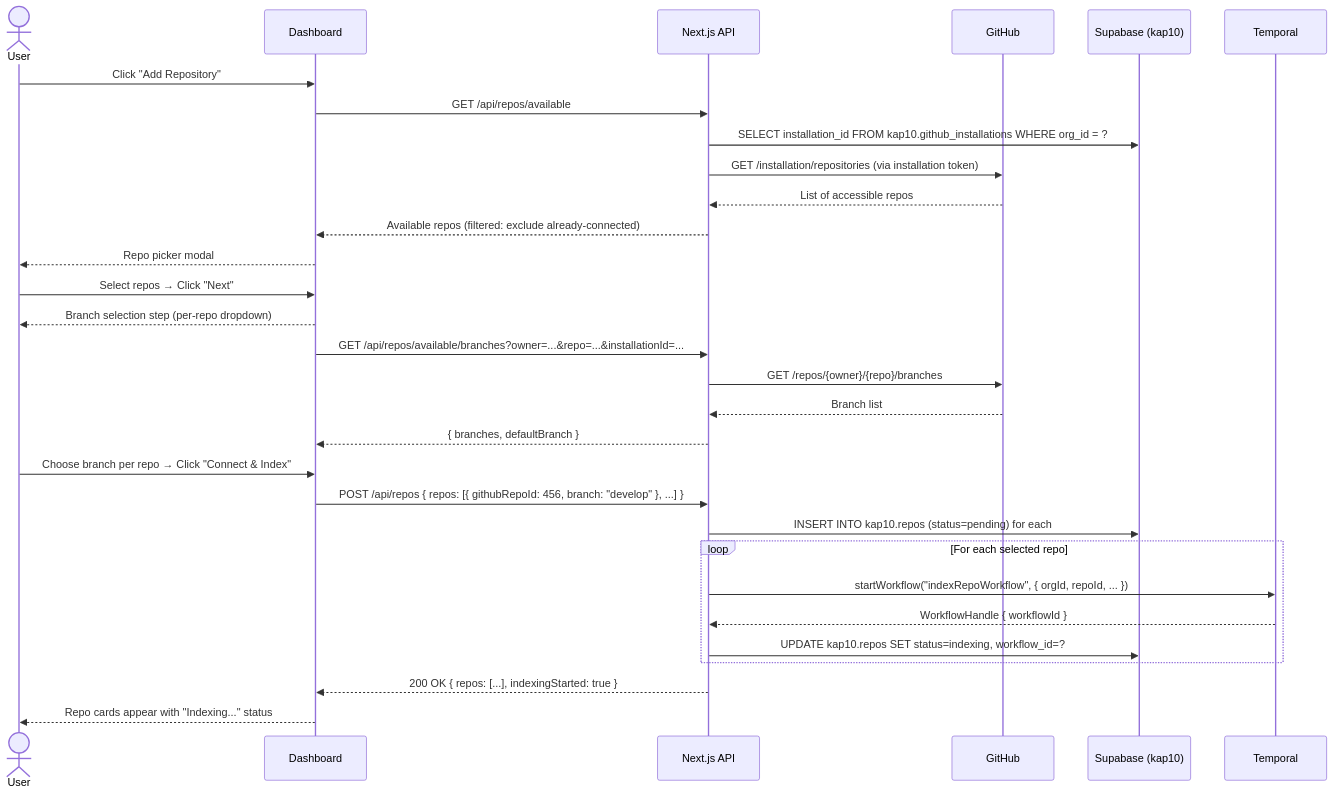
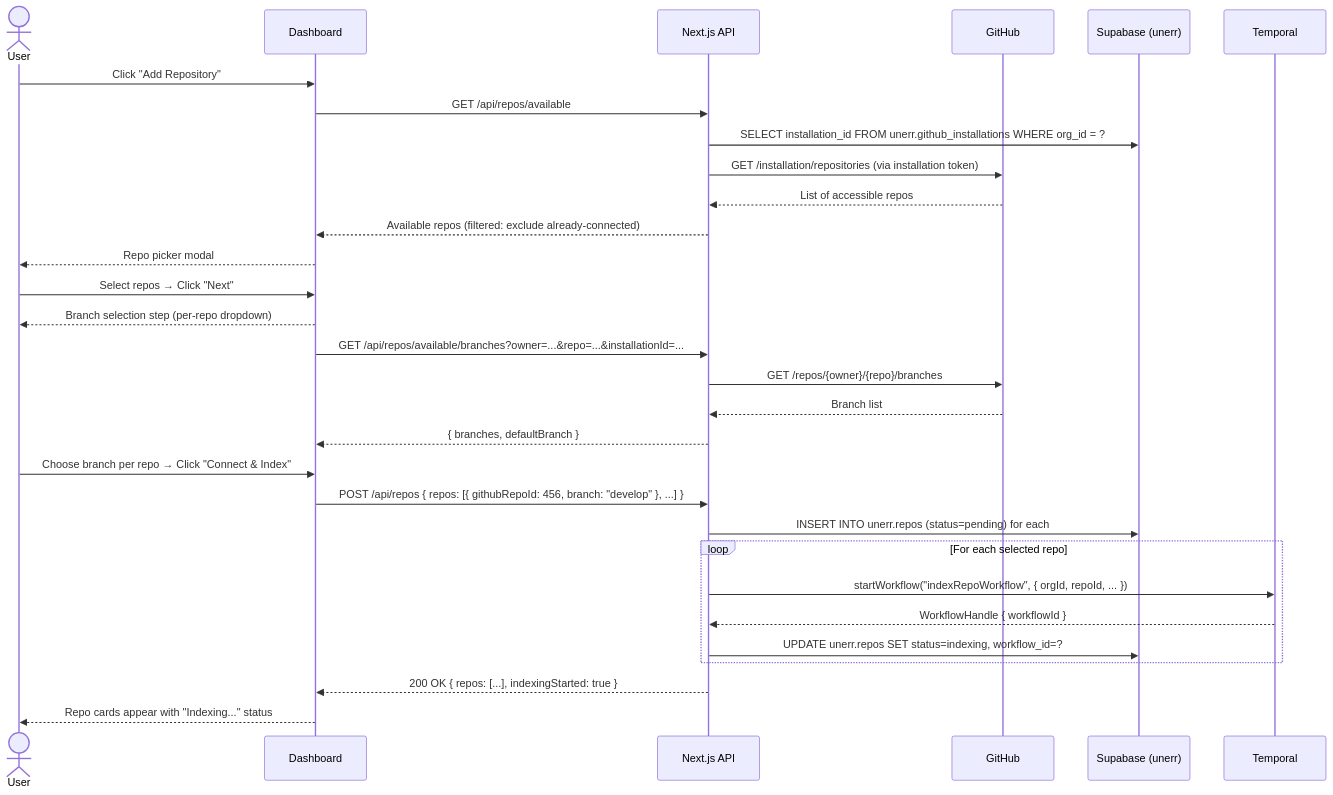
The second of 5 diagrams in docs/architecture/PHASE_1_GITHUB_CONNECT_AND_INDEXING.md (AutoRail-AI/kap10-server), drawn with Mermaid before and after one commit. The commit also changed other lines of this file and 157 other files, not shown here.

````diff
--- a/docs/architecture/PHASE_1_GITHUB_CONNECT_AND_INDEXING.md
+++ b/docs/architecture/PHASE_1_GITHUB_CONNECT_AND_INDEXING.md
@@ -152,33 +152,33 @@
 ```mermaid
 sequenceDiagram
     actor User
     participant Dashboard
     participant NextAPI as Next.js API
     participant GitHub
-    participant Supabase as Supabase (kap10)
+    participant Supabase as Supabase (unerr)
     participant Temporal
 
     User->>Dashboard: Click "Add Repository"
     Dashboard->>NextAPI: GET /api/repos/available
-    NextAPI->>Supabase: SELECT installation_id FROM kap10.github_installations WHERE org_id = ?
+    NextAPI->>Supabase: SELECT installation_id FROM unerr.github_installations WHERE org_id = ?
     NextAPI->>GitHub: GET /installation/repositories (via installation token)
     GitHub-->>NextAPI: List of accessible repos
     NextAPI-->>Dashboard: Available repos (filtered: exclude already-connected)
     Dashboard-->>User: Repo picker modal
     User->>Dashboard: Select repos → Click "Next"
     Dashboard-->>User: Branch selection step (per-repo dropdown)
     Dashboard->>NextAPI: GET /api/repos/available/branches?owner=...&repo=...&installationId=...
     NextAPI->>GitHub: GET /repos/{owner}/{repo}/branches
     GitHub-->>NextAPI: Branch list
     NextAPI-->>Dashboard: { branches, defaultBranch }
     User->>Dashboard: Choose branch per repo → Click "Connect & Index"
     Dashboard->>NextAPI: POST /api/repos { repos: [{ githubRepoId: 456, branch: "develop" }, ...] }
-    NextAPI->>Supabase: INSERT INTO kap10.repos (status=pending) for each
+    NextAPI->>Supabase: INSERT INTO unerr.repos (status=pending) for each
     loop For each selected repo
         NextAPI->>Temporal: startWorkflow("indexRepoWorkflow", { orgId, repoId, ... })
         Temporal-->>NextAPI: WorkflowHandle { workflowId }
-        NextAPI->>Supabase: UPDATE kap10.repos SET status=indexing, workflow_id=?
+        NextAPI->>Supabase: UPDATE unerr.repos SET status=indexing, workflow_id=?
     end
     NextAPI-->>Dashboard: 200 OK { repos: [...], indexingStarted: true }
     Dashboard-->>User: Repo cards appear with "Indexing..." status
 ```
````
